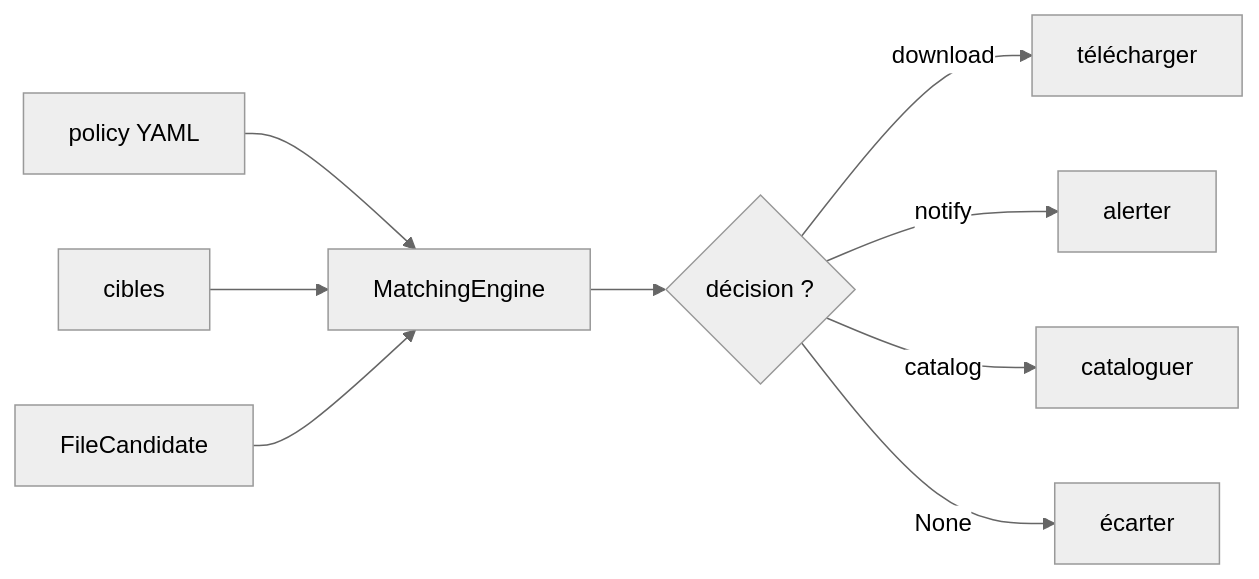
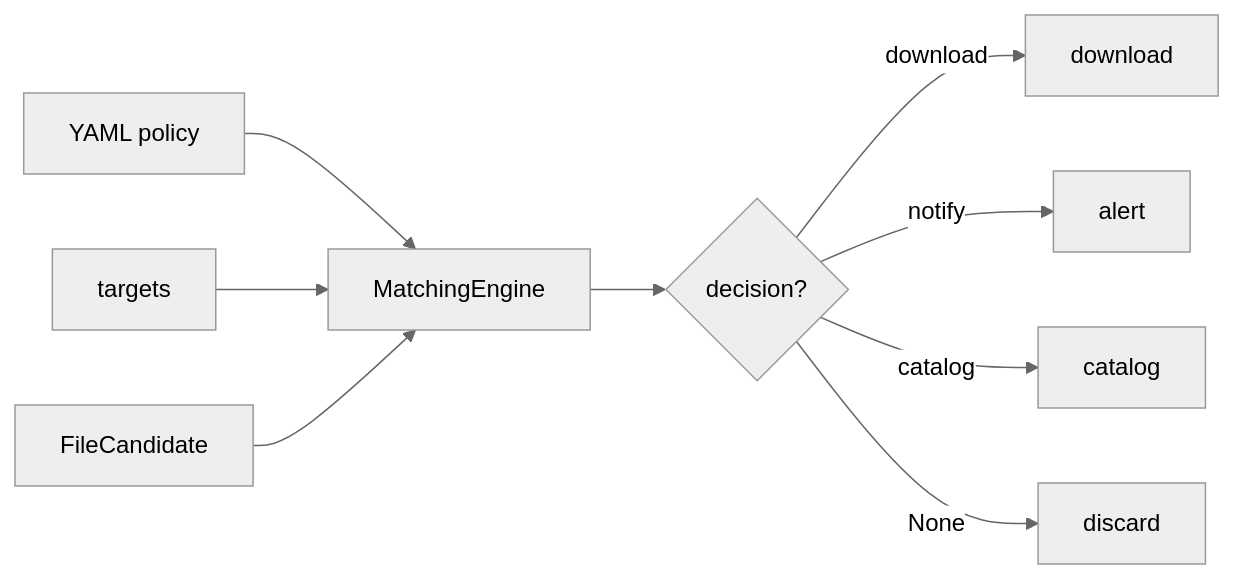
One commit to GeoffreyCoulaud/mulewatch changed the seventh of 10 diagrams in docs/architecture.md. Above: the diagram before and after it, drawn with Mermaid (neutral theme). The commit also changed other lines of this file and 14 other files, not shown here.

````diff
--- a/docs/architecture.md
+++ b/docs/architecture.md
@@ -205,16 +207,16 @@
 ```mermaid
 flowchart LR
-  yaml["policy YAML"]
-  tgt["cibles"]
+  yaml["YAML policy"]
+  tgt["targets"]
   eng["MatchingEngine"]
   cand["FileCandidate"]
-  dec{"décision ?"}
+  dec{"decision?"}
 
   yaml --> eng
   tgt --> eng
   cand --> eng --> dec
-  dec -->|download| a1["télécharger"]
-  dec -->|notify| a2["alerter"]
-  dec -->|catalog| a3["cataloguer"]
-  dec -->|None| a4["écarter"]
+  dec -->|download| a1["download"]
+  dec -->|notify| a2["alert"]
+  dec -->|catalog| a3["catalog"]
+  dec -->|None| a4["discard"]
 ```
````
